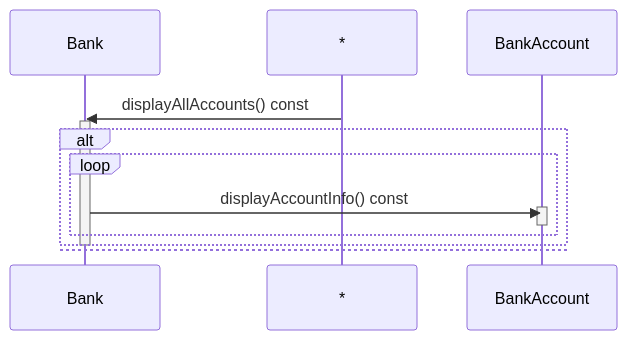
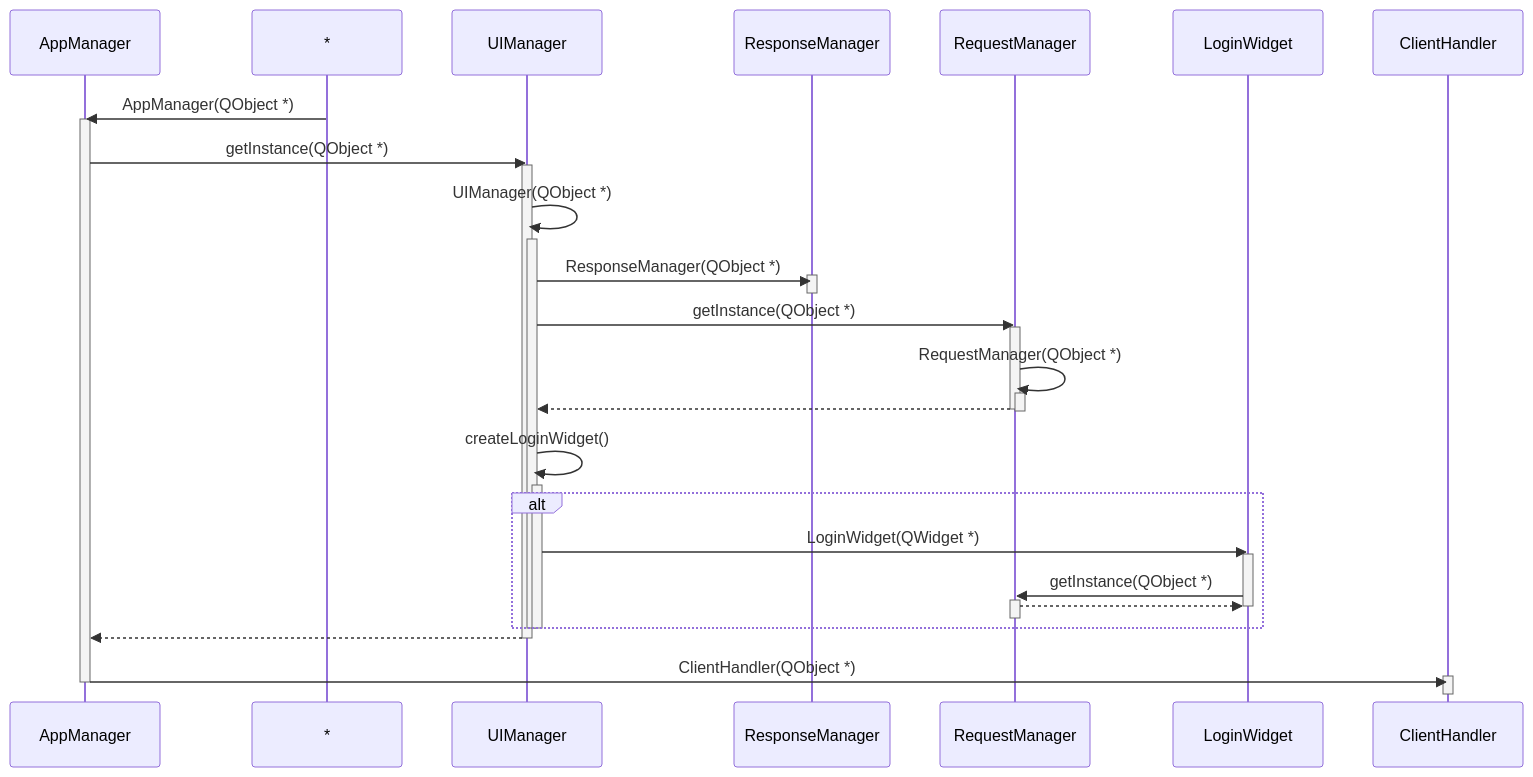
The diagram in docs/diagrams/sequence_diagram.mmd (7osssam/QT-Banking-System-Client), drawn with Mermaid before and after one commit. The commit also changed 11 other files, not shown here.

Commit message:
update system diagrams

```diff
--- a/docs/diagrams/sequence_diagram.mmd
+++ b/docs/diagrams/sequence_diagram.mmd
@@ -1,17 +1,45 @@
 sequenceDiagram
-    participant C_0013925658533498293399 as Bank
-    * ->> C_0013925658533498293399 : displayAllAccounts() const
-    activate C_0013925658533498293399
+    participant C_0004125011841911275123 as AppManager
+    * ->> C_0004125011841911275123 : AppManager(QObject *)
+    activate C_0004125011841911275123
+    participant C_0004909201866089141242 as UIManager
+    C_0004125011841911275123 ->> C_0004909201866089141242 : getInstance(QObject *)
+    activate C_0004909201866089141242
+    C_0004909201866089141242 ->> C_0004909201866089141242 : UIManager(QObject *)
+    activate C_0004909201866089141242
+    participant C_0000524940392191554637 as ResponseManager
+    C_0004909201866089141242 ->> C_0000524940392191554637 : ResponseManager(QObject *)
+    activate C_0000524940392191554637
+    deactivate C_0000524940392191554637
+    participant C_0017581648629732253705 as RequestManager
+    C_0004909201866089141242 ->> C_0017581648629732253705 : getInstance(QObject *)
+    activate C_0017581648629732253705
+    C_0017581648629732253705 ->> C_0017581648629732253705 : RequestManager(QObject *)
+    activate C_0017581648629732253705
+    deactivate C_0017581648629732253705
+    C_0017581648629732253705 -->> C_0004909201866089141242 : 
+    deactivate C_0017581648629732253705
+    C_0004909201866089141242 ->> C_0004909201866089141242 : createLoginWidget()
+    activate C_0004909201866089141242
     alt
-    loop
-    participant C_0009984192897324832466 as BankAccount
-    C_0013925658533498293399 ->> C_0009984192897324832466 : displayAccountInfo() const
-    activate C_0009984192897324832466
-    deactivate C_0009984192897324832466
-end
-    else
+    participant C_0009314656593254540318 as LoginWidget
+    C_0004909201866089141242 ->> C_0009314656593254540318 : LoginWidget(QWidget *)
+    activate C_0009314656593254540318
+    C_0009314656593254540318 ->> C_0017581648629732253705 : getInstance(QObject *)
+    activate C_0017581648629732253705
+    C_0017581648629732253705 -->> C_0009314656593254540318 : 
+    deactivate C_0017581648629732253705
+    deactivate C_0009314656593254540318
     end
-    deactivate C_0013925658533498293399
+    deactivate C_0004909201866089141242
+    deactivate C_0004909201866089141242
+    C_0004909201866089141242 -->> C_0004125011841911275123 : 
+    deactivate C_0004909201866089141242
+    participant C_0003891570225386253038 as ClientHandler
+    C_0004125011841911275123 ->> C_0003891570225386253038 : ClientHandler(QObject *)
+    activate C_0003891570225386253038
+    deactivate C_0003891570225386253038
+    deactivate C_0004125011841911275123
 
 %% Generated with clang-uml, version 0.5.3
 %% LLVM version clang version 18.1.1 (https://github.com/llvm/llvm-project.git dba2a75e9c7ef81fe84774ba5eee5e67e01d801a)
```
